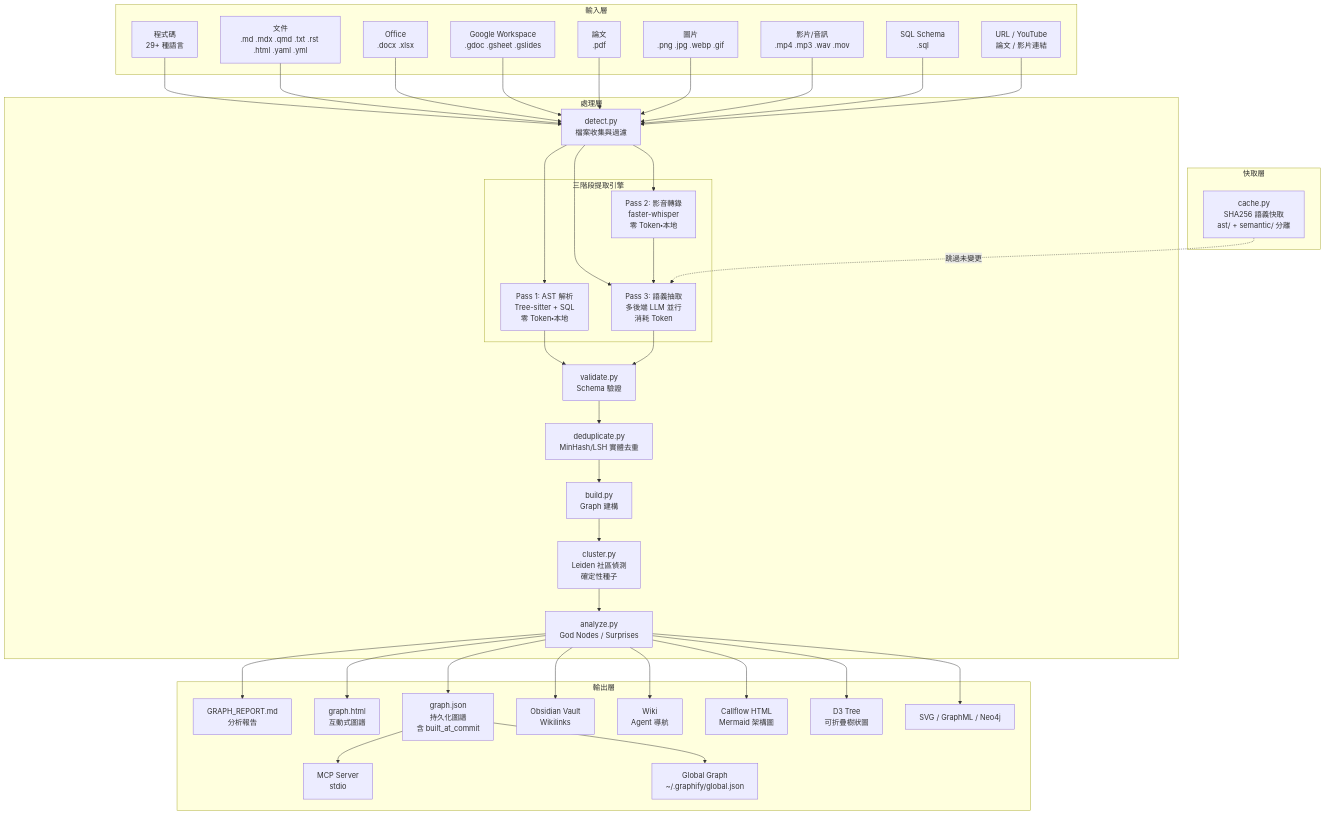
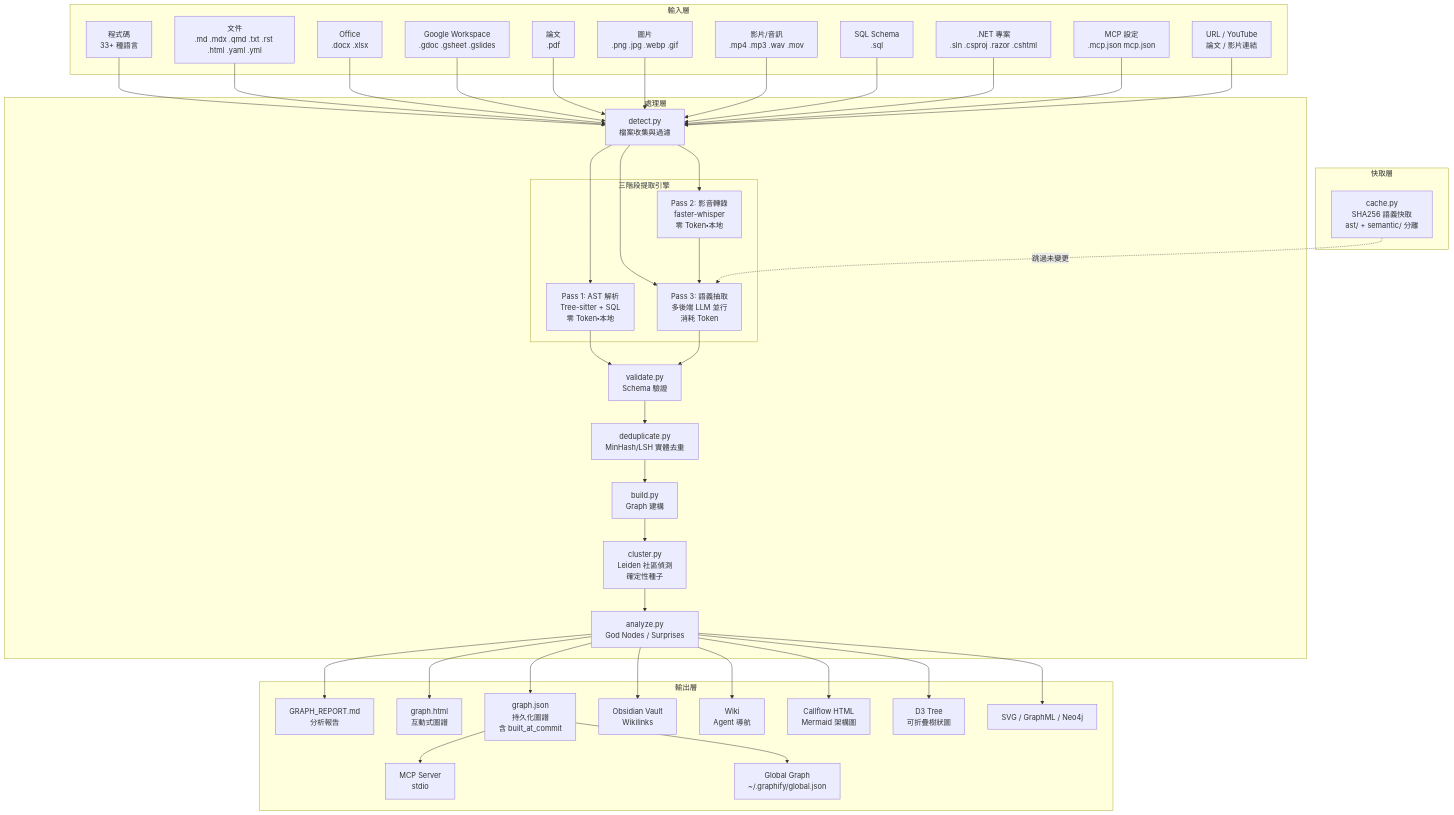
One commit to chihhung/Blog changed the fourth of 14 diagrams in content/posts/教學/AI開發/Graphify教學手冊.md. Above: the diagram before and after it, drawn with Mermaid. The commit also changed other lines of this file and 12 other files, not shown here.

````diff
--- a/content/posts/教學/AI開發/Graphify教學手冊.md
+++ b/content/posts/教學/AI開發/Graphify教學手冊.md
@@ -269,7 +286,7 @@
 ```mermaid
 graph TB
     subgraph "輸入層"
-        CODE[程式碼<br>29+ 種語言]
+        CODE[程式碼<br>33+ 種語言]
         DOC[文件<br>.md .mdx .qmd .txt .rst .html .yaml .yml]
         OFFICE[Office<br>.docx .xlsx]
         GOOGLE[Google Workspace<br>.gdoc .gsheet .gslides]
@@ -277,6 +294,8 @@
         IMG[圖片<br>.png .jpg .webp .gif]
         VID[影片/音訊<br>.mp4 .mp3 .wav .mov]
         SQL_F[SQL Schema<br>.sql]
+        DOTNET[.NET 專案<br>.sln .csproj .razor .cshtml]
+        MCP_CFG[MCP 設定<br>.mcp.json mcp.json]
         URL[URL / YouTube<br>論文 / 影片連結]
     end
 
@@ -321,6 +340,8 @@
     IMG --> DETECT
     VID --> DETECT
     SQL_F --> DETECT
+    DOTNET --> DETECT
+    MCP_CFG --> DETECT
     URL --> DETECT
 
     DETECT --> AST
````
